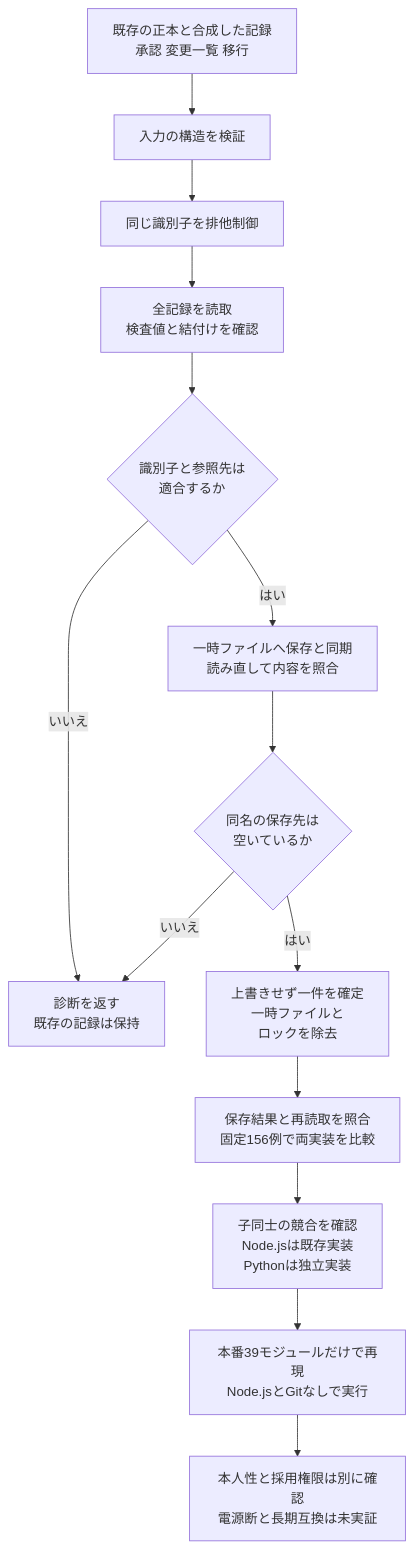
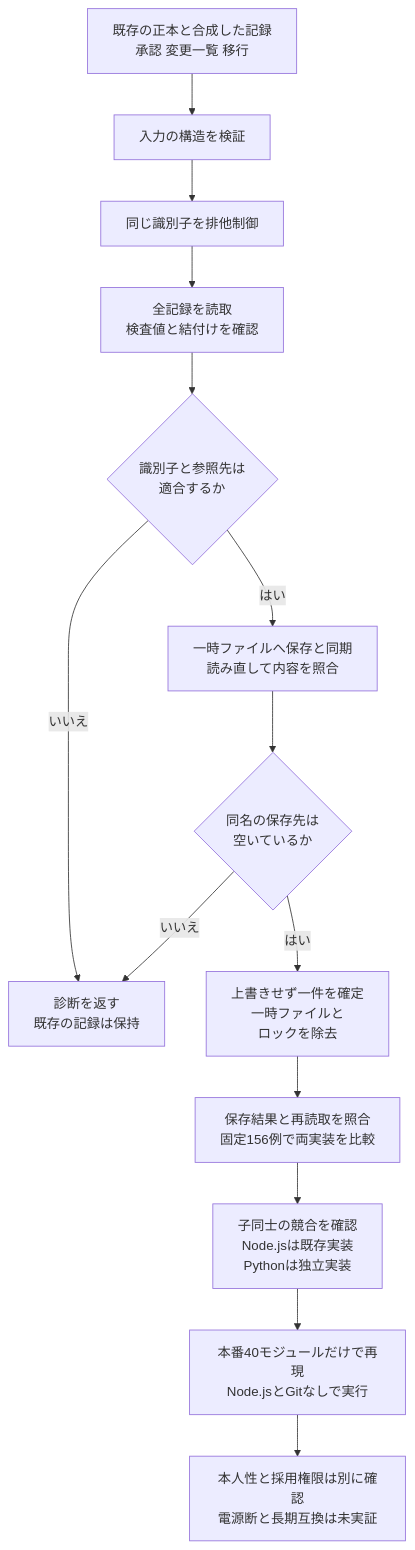
Before and after one commit to koukemo/morivyx: the diagram in docs/diagrams/python-ledger-store.mmd, drawn with Mermaid. The commit also changed 23 other files, not shown here.

```diff
--- a/docs/diagrams/python-ledger-store.mmd
+++ b/docs/diagrams/python-ledger-store.mmd
@@ -1,14 +1,14 @@
 flowchart TD
   A[既存の正本と合成した記録<br/>承認 変更一覧 移行] --> B[入力の構造を検証]
   B --> C[同じ識別子を排他制御]
   C --> D[全記録を読取<br/>検査値と結付けを確認]
   D --> E{識別子と参照先は<br/>適合するか}
   E -->|いいえ| F[診断を返す<br/>既存の記録は保持]
   E -->|はい| G[一時ファイルへ保存と同期<br/>読み直して内容を照合]
   G --> H{同名の保存先は<br/>空いているか}
   H -->|いいえ| F
   H -->|はい| I[上書きせず一件を確定<br/>一時ファイルと<br/>ロックを除去]
   I --> J[保存結果と再読取を照合<br/>固定156例で両実装を比較]
   J --> K[子同士の競合を確認<br/>Node.jsは既存実装<br/>Pythonは独立実装]
-  K --> L[本番39モジュールだけで再現<br/>Node.jsとGitなしで実行]
+  K --> L[本番40モジュールだけで再現<br/>Node.jsとGitなしで実行]
   L --> M[本人性と採用権限は別に確認<br/>電源断と長期互換は未実証]
```
